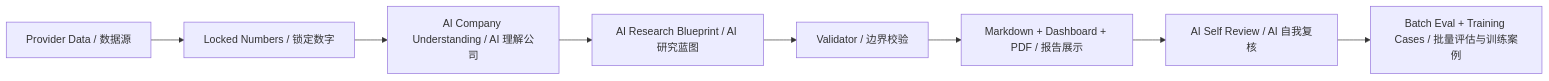
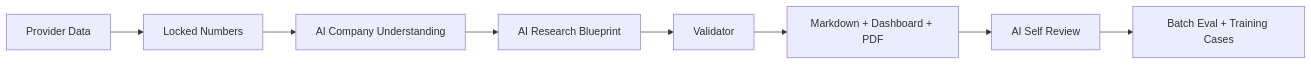
One commit to CruiseCao13/openbb-company-research-tool changed the diagram in README.md. Above: the diagram before and after it, drawn with Mermaid. The commit also changed other lines of this file and 3 other files, not shown here.

````diff
--- a/README.md
+++ b/README.md
@@ -30,10 +25,10 @@
 ```mermaid
 flowchart LR
-  A["Provider Data / 数据源"] --> B["Locked Numbers / 锁定数字"]
-  B --> C["AI Company Understanding / AI 理解公司"]
-  C --> D["AI Research Blueprint / AI 研究蓝图"]
-  D --> E["Validator / 边界校验"]
-  E --> F["Markdown + Dashboard + PDF / 报告展示"]
-  F --> G["AI Self Review / AI 自我复核"]
-  G --> H["Batch Eval + Training Cases / 批量评估与训练案例"]
+  A["Provider Data"] --> B["Locked Numbers"]
+  B --> C["AI Company Understanding"]
+  C --> D["AI Research Blueprint"]
+  D --> E["Validator"]
+  E --> F["Markdown + Dashboard + PDF"]
+  F --> G["AI Self Review"]
+  G --> H["Batch Eval + Training Cases"]
 ```
````
